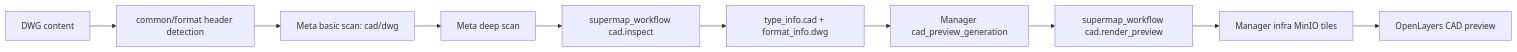
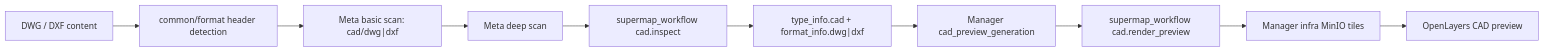
Before and after one commit to pampa0629/addp: the diagram in docs/next/addp-CAD数据支持设计.md, drawn with Mermaid. The commit also changed other lines of this file and 142 other files, not shown here.

````diff
--- a/docs/next/addp-CAD数据支持设计.md
+++ b/docs/next/addp-CAD数据支持设计.md
@@ -21,12 +21,12 @@
 ```mermaid
 flowchart LR
-  A["DWG content"] --> B["common/format header detection"]
-  B --> C["Meta basic scan: cad/dwg"]
+  A["DWG / DXF content"] --> B["common/format header detection"]
+  B --> C["Meta basic scan: cad/dwg|dxf"]
   C --> D["Meta deep scan"]
   D --> E["supermap_workflow cad.inspect"]
-  E --> F["type_info.cad + format_info.dwg"]
+  E --> F["type_info.cad + format_info.dwg|dxf"]
   F --> G["Manager cad_preview_generation"]
   G --> H["supermap_workflow cad.render_preview"]
   H --> I["Manager infra MinIO tiles"]
   I --> J["OpenLayers CAD preview"]
 ```
````
